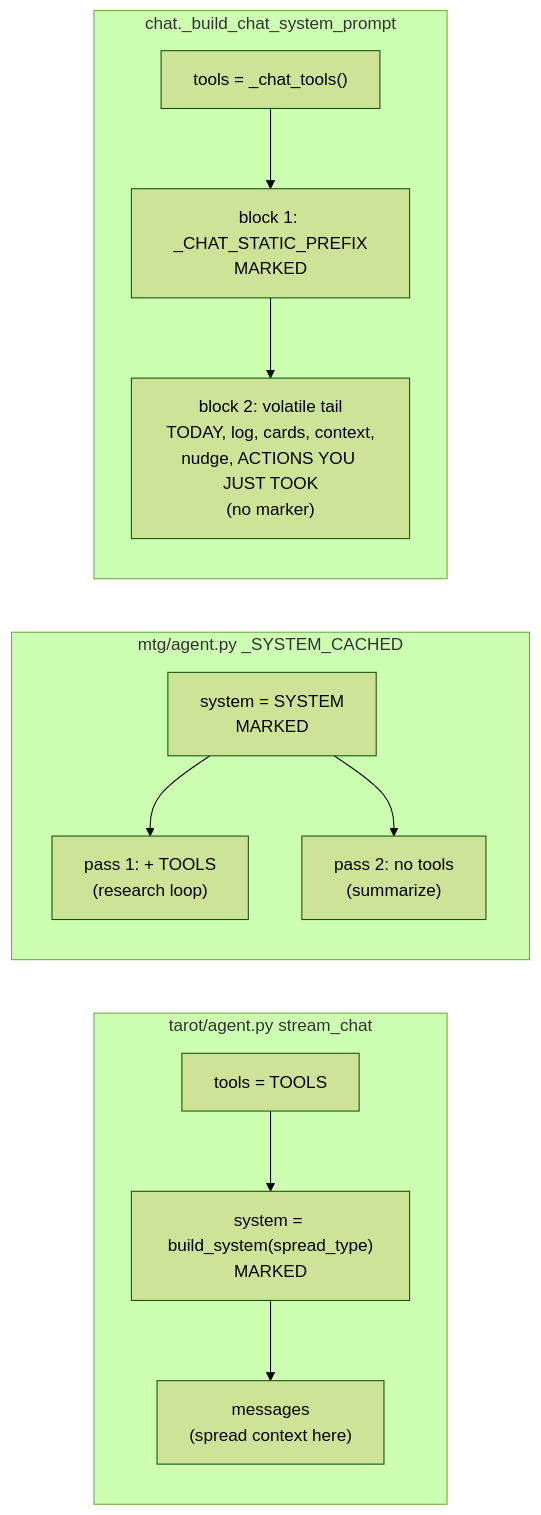
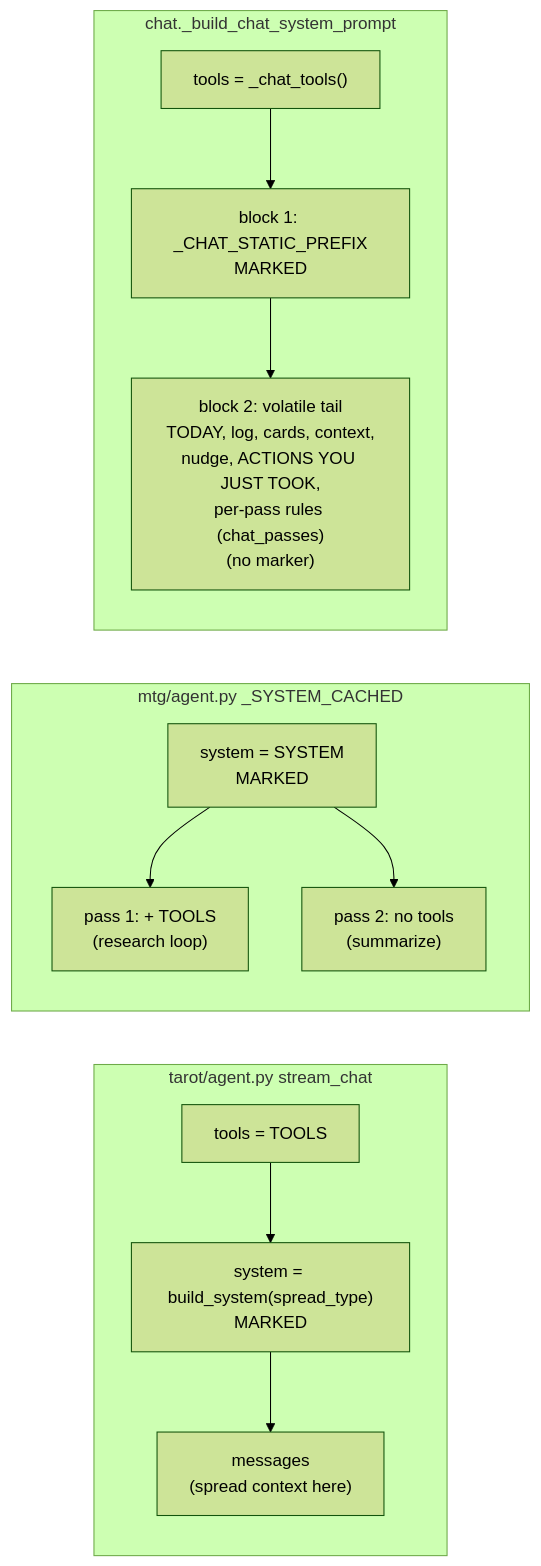
The diagram in docs/arch/05-llm-calls.mmd (wai-lau/exec-fn), drawn with Mermaid (forest theme) before and after one commit. The commit also changed 42 other files, not shown here.

```diff
--- a/docs/arch/05-llm-calls.mmd
+++ b/docs/arch/05-llm-calls.mmd
@@ -1,14 +1,14 @@
 flowchart LR
   subgraph tarot["tarot/agent.py stream_chat"]
     ttools["tools = TOOLS"] --> tsys["system = build_system(spread_type)<br/>MARKED"] --> tmsg["messages<br/>(spread context here)"]
   end
   subgraph mtg["mtg/agent.py _SYSTEM_CACHED"]
     msys["system = SYSTEM<br/>MARKED"]
     p1["pass 1: + TOOLS<br/>(research loop)"]
     p2["pass 2: no tools<br/>(summarize)"]
     msys --> p1
     msys --> p2
   end
   subgraph exec["chat._build_chat_system_prompt"]
-    etools["tools = _chat_tools()"] --> estatic["block 1: _CHAT_STATIC_PREFIX<br/>MARKED"] --> evol["block 2: volatile tail<br/>TODAY, log, cards, context,<br/>nudge, ACTIONS YOU JUST TOOK<br/>(no marker)"]
+    etools["tools = _chat_tools()"] --> estatic["block 1: _CHAT_STATIC_PREFIX<br/>MARKED"] --> evol["block 2: volatile tail<br/>TODAY, log, cards, context,<br/>nudge, ACTIONS YOU JUST TOOK,<br/>per-pass rules (chat_passes)<br/>(no marker)"]
   end
```
